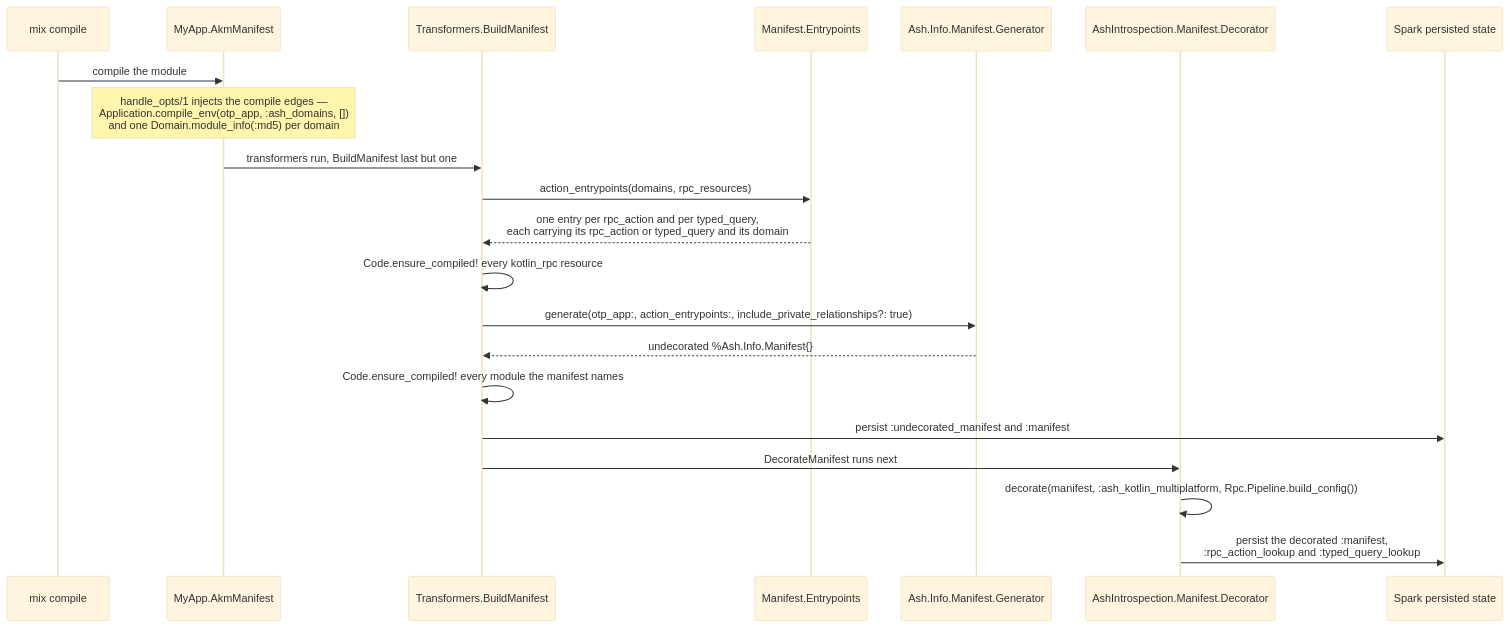
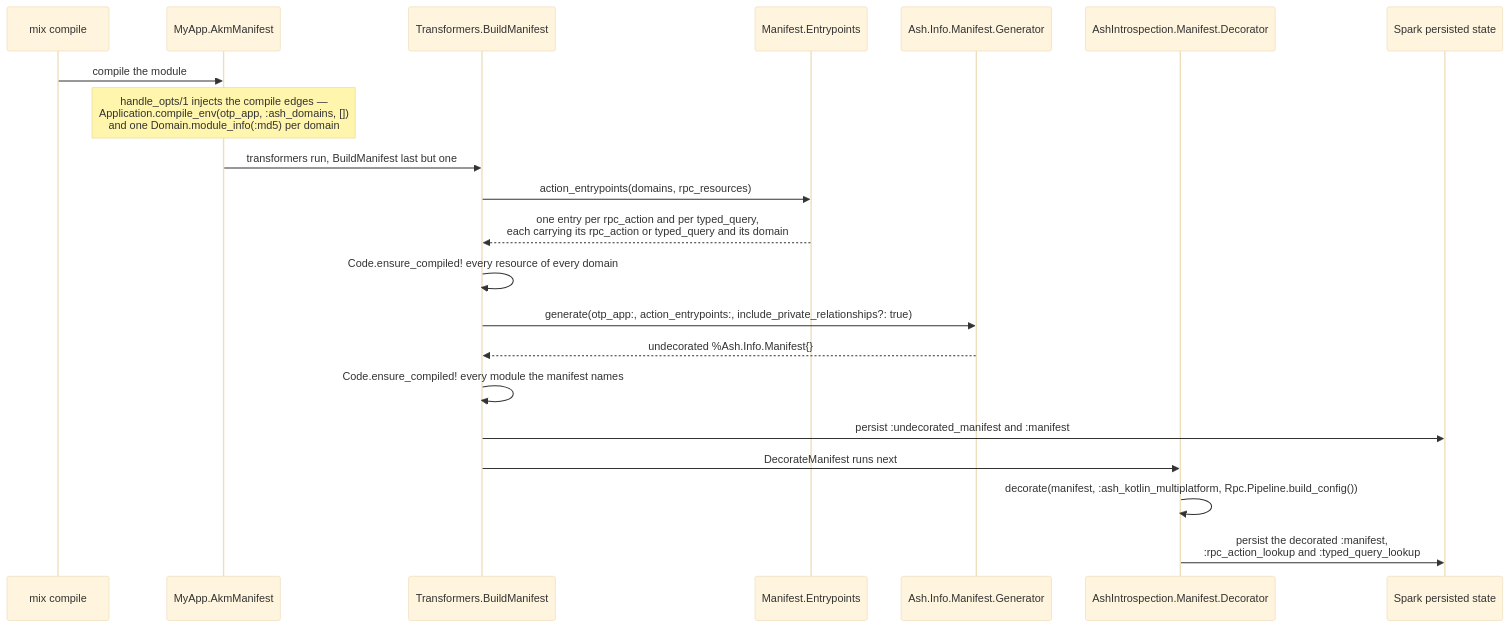
The fifth of 5 diagrams in docs/architecture.md (udin-io/ash_kotlin_multiplatform), drawn with Mermaid (base theme) before and after one commit. The commit also changed other lines of this file and 37 other files, not shown here.

````diff
--- a/docs/architecture.md
+++ b/docs/architecture.md
@@ -218,24 +236,24 @@
 ```mermaid
 sequenceDiagram
     participant Mix as mix compile
     participant MM as MyApp.AkmManifest
     participant B as Transformers.BuildManifest
     participant E as Manifest.Entrypoints
     participant G as Ash.Info.Manifest.Generator
     participant D as AshIntrospection.Manifest.Decorator
     participant S as Spark persisted state
 
     Mix->>MM: compile the module
     Note over MM: handle_opts/1 injects the compile edges —<br/>Application.compile_env(otp_app, :ash_domains, [])<br/>and one Domain.module_info(:md5) per domain
     MM->>B: transformers run, BuildManifest last but one
     B->>E: action_entrypoints(domains, rpc_resources)
     E-->>B: one entry per rpc_action and per typed_query,<br/>each carrying its rpc_action or typed_query and its domain
-    B->>B: Code.ensure_compiled! every kotlin_rpc resource
+    B->>B: Code.ensure_compiled! every resource of every domain
     B->>G: generate(otp_app:, action_entrypoints:, include_private_relationships?: true)
     G-->>B: undecorated %Ash.Info.Manifest{}
     B->>B: Code.ensure_compiled! every module the manifest names
     B->>S: persist :undecorated_manifest and :manifest
     B->>D: DecorateManifest runs next
     D->>D: decorate(manifest, :ash_kotlin_multiplatform, Rpc.Pipeline.build_config())
     D->>S: persist the decorated :manifest,<br/>:rpc_action_lookup and :typed_query_lookup
 ```
````
